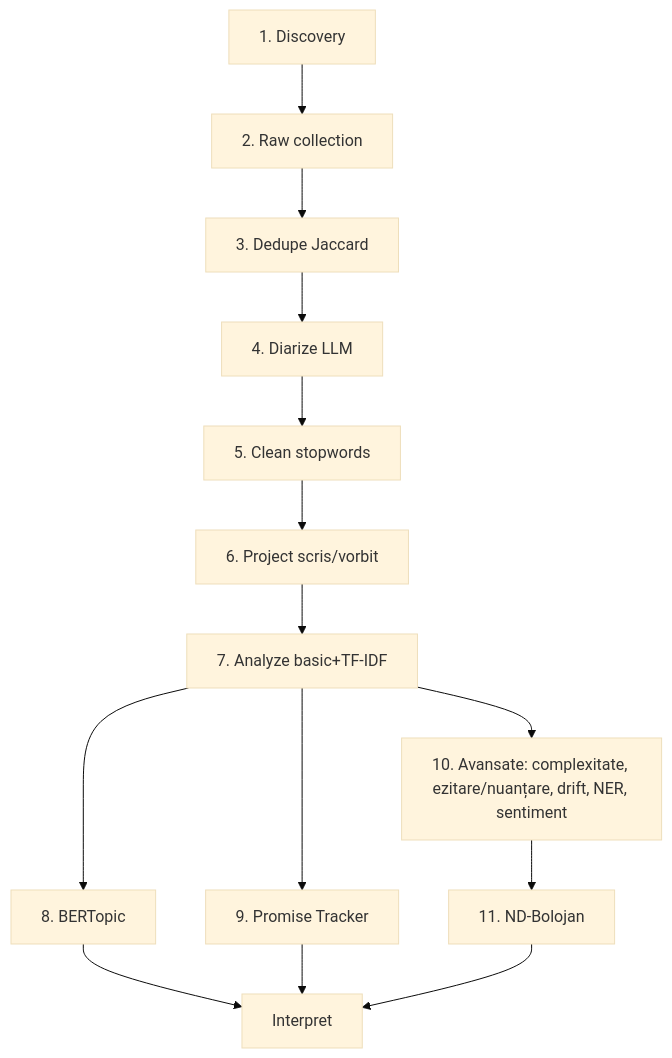
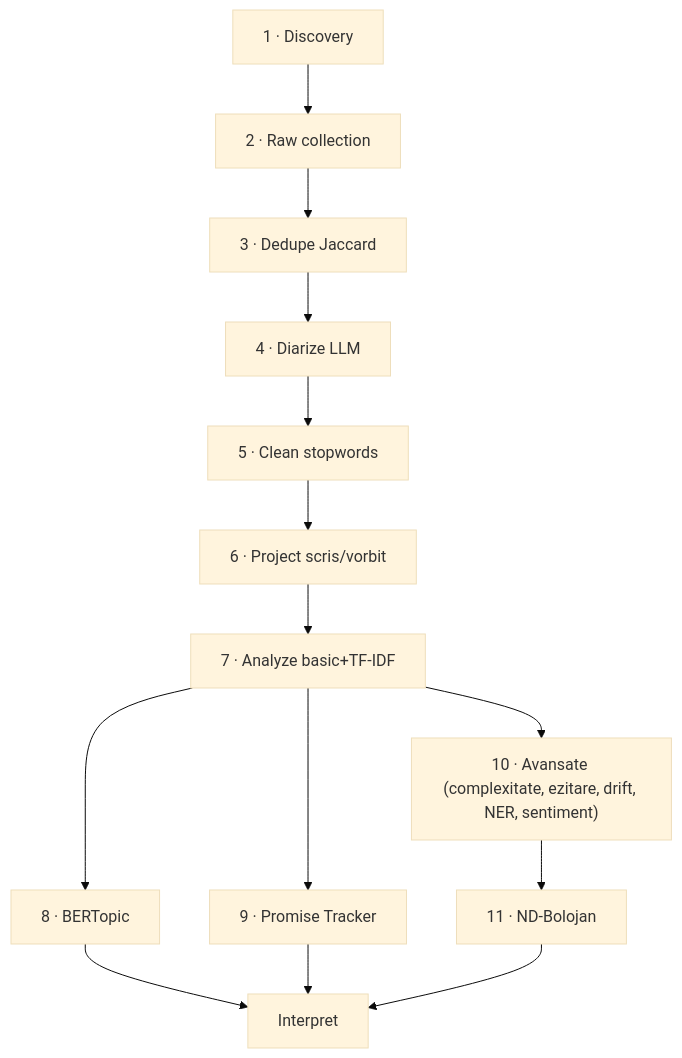
The diagram in site/metoda.qmd (radusqrt/evolutie-discurs-nicusor-dan), drawn with Mermaid (base theme) before and after one commit. The commit also changed other lines of this file and 4 other files, not shown here.

````diff
--- a/site/metoda.qmd
+++ b/site/metoda.qmd
@@ -19,16 +19,16 @@
 ```{mermaid}
 flowchart TB
-    A[1. Discovery] --> B[2. Raw collection]
-    B --> C[3. Dedupe Jaccard]
-    C --> D[4. Diarize LLM]
-    D --> E[5. Clean stopwords]
-    E --> F[6. Project scris/vorbit]
-    F --> G[7. Analyze basic+TF-IDF]
-    G --> H[8. BERTopic]
-    G --> I[9. Promise Tracker]
-    G --> J[10. Avansate: complexitate, ezitare/nuanțare, drift, NER, sentiment]
-    J --> K[11. ND-Bolojan]
-    H --> L[Interpret]
+    A["1 · Discovery"] --> B["2 · Raw collection"]
+    B --> C["3 · Dedupe Jaccard"]
+    C --> D["4 · Diarize LLM"]
+    D --> E["5 · Clean stopwords"]
+    E --> F["6 · Project scris/vorbit"]
+    F --> G["7 · Analyze basic+TF-IDF"]
+    G --> H["8 · BERTopic"]
+    G --> I["9 · Promise Tracker"]
+    G --> J["10 · Avansate (complexitate, ezitare, drift, NER, sentiment)"]
+    J --> K["11 · ND-Bolojan"]
+    H --> L["Interpret"]
     I --> L
     K --> L
 ```
````
